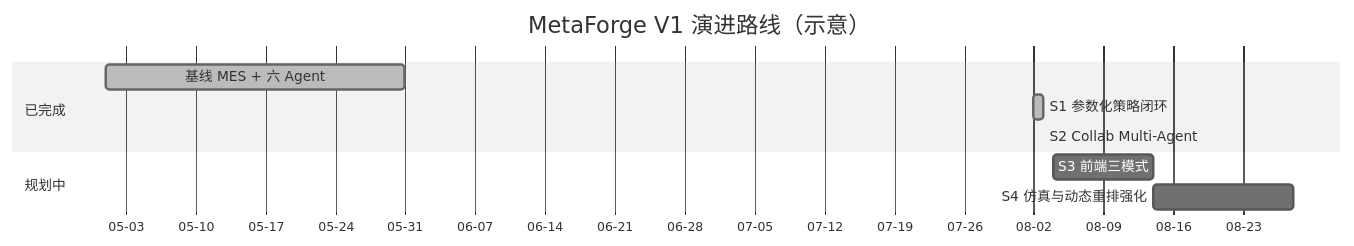
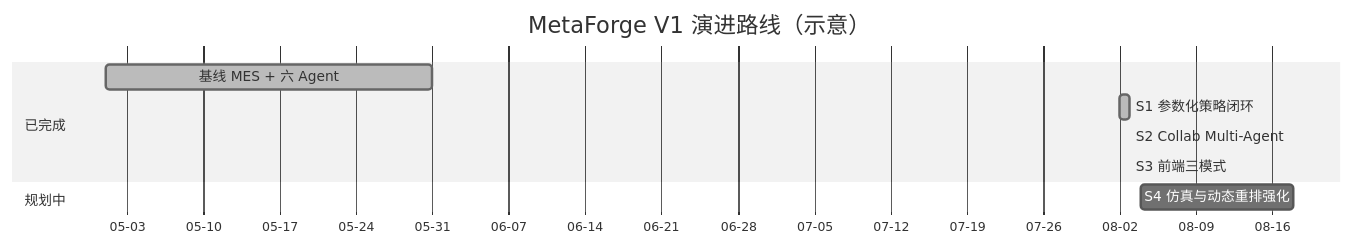
Before and after one commit to earlymessi/metaforge_agent: the second of 6 diagrams in README.md, drawn with Mermaid (neutral theme). The commit also changed other lines of this file and 1 other file, not shown here.

````diff
--- a/README.md
+++ b/README.md
@@ -58,13 +58,13 @@
 ```mermaid
 gantt
     title MetaForge V1 演进路线（示意）
     dateFormat  YYYY-MM-DD
     axisFormat  %m-%d
     section 已完成
     基线 MES + 六 Agent           :done, 2026-05-01, 2026-05-31
     S1 参数化策略闭环             :done, 2026-08-02, 2026-08-03
     S2 Collab Multi-Agent         :done, 2026-08-03, 2026-08-03
+    S3 前端三模式                 :done, 2026-08-03, 2026-08-03
     section 规划中
-    S3 前端三模式                 :2026-08-04, 10d
-    S4 仿真与动态重排强化         :2026-08-14, 14d
+    S4 仿真与动态重排强化         :2026-08-04, 14d
 ```
````
